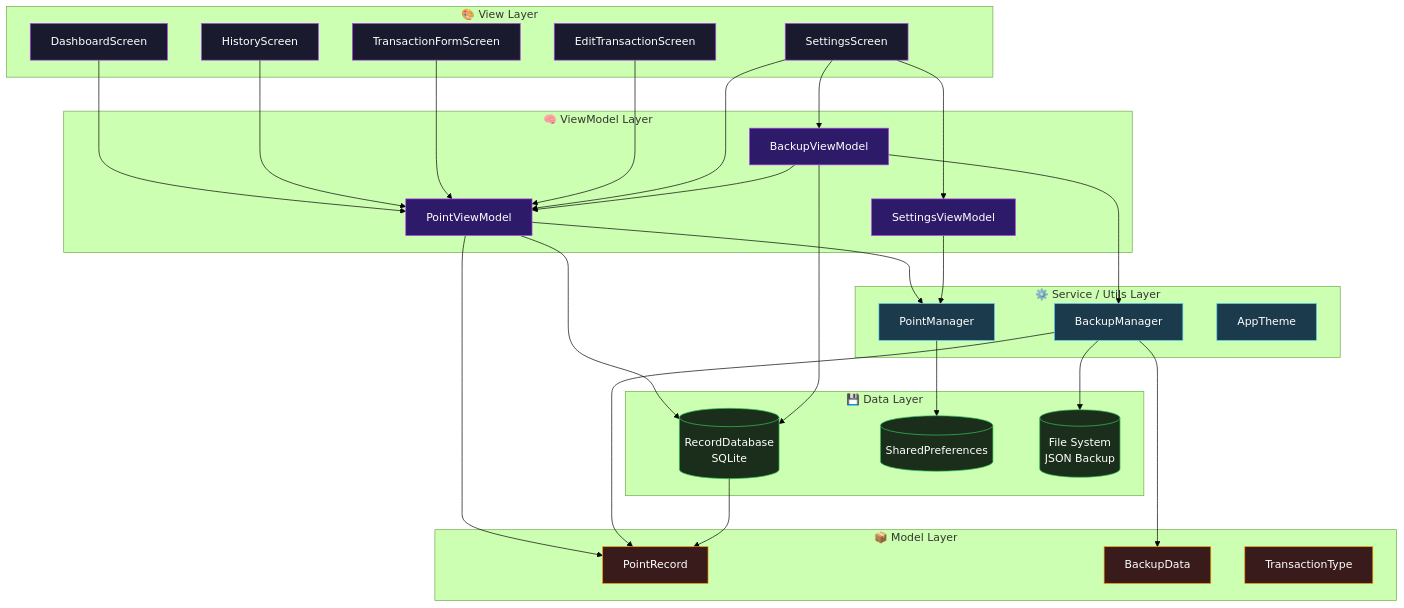
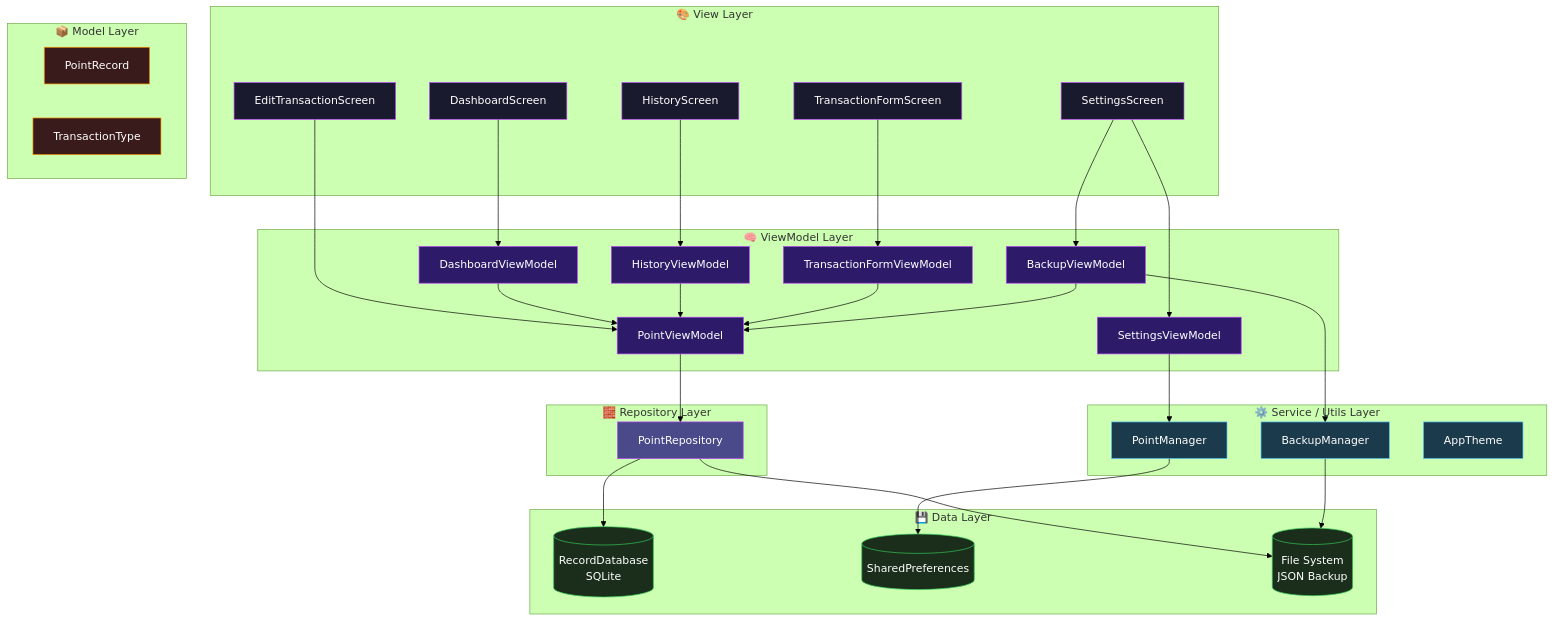
Before and after one commit to goodsw4all/wawapoint_flutter: the first of 18 diagrams in docs/ARCHITECTURE.md, drawn with Mermaid (forest theme). The commit also changed other lines of this file and 8 other files, not shown here.

Commit message:
feat: Introduce dedicated view models and a point repository to enhance application architecture and state management.

````diff
--- a/docs/ARCHITECTURE.md
+++ b/docs/ARCHITECTURE.md
@@ -58,8 +58,15 @@
 
     subgraph "🧠 ViewModel Layer"
         PVM[PointViewModel]
+        DVM[DashboardViewModel]
+        HVM[HistoryViewModel]
+        TFVM[TransactionFormViewModel]
         BVM[BackupViewModel]
         SVM[SettingsViewModel]
+    end
+
+    subgraph "🧱 Repository Layer"
+        PRR[PointRepository]
     end
 
     subgraph "⚙️ Service / Utils Layer"
@@ -76,34 +83,30 @@
 
     subgraph "📦 Model Layer"
         PR[PointRecord]
-        BD[BackupData]
         TT[TransactionType]
     end
 
-    DS --> PVM
-    HS --> PVM
-    TFS --> PVM
+    DS --> DVM
+    HS --> HVM
+    TFS --> TFVM
     ETS --> PVM
-    SS --> PVM
     SS --> BVM
     SS --> SVM
 
-    PVM --> PM
-    PVM --> RDB
-    PVM --> PR
+    DVM --> PVM
+    HVM --> PVM
+    TFVM --> PVM
+    BVM --> PVM
 
-    BVM --> PVM
-    BVM --> BM
-    BVM --> RDB
+    PVM --> PRR
+    PRR --> RDB
+    PRR --> FS
 
     SVM --> PM
-
     PM --> SP
+    
+    BVM --> BM
     BM --> FS
-    BM --> PR
-    BM --> BD
-
-    RDB --> PR
 
     style DS fill:#1a1a2e,stroke:#BB44FF,color:#fff
     style HS fill:#1a1a2e,stroke:#BB44FF,color:#fff
@@ -111,8 +114,12 @@
     style TFS fill:#1a1a2e,stroke:#BB44FF,color:#fff
     style ETS fill:#1a1a2e,stroke:#BB44FF,color:#fff
     style PVM fill:#2d1b69,stroke:#BB44FF,color:#fff
+    style DVM fill:#2d1b69,stroke:#BB44FF,color:#fff
+    style HVM fill:#2d1b69,stroke:#BB44FF,color:#fff
+    style TFVM fill:#2d1b69,stroke:#BB44FF,color:#fff
     style BVM fill:#2d1b69,stroke:#BB44FF,color:#fff
     style SVM fill:#2d1b69,stroke:#BB44FF,color:#fff
+    style PRR fill:#4a4a8a,stroke:#BB44FF,color:#fff
     style PM fill:#1b3a4b,stroke:#5AC8FA,color:#fff
     style BM fill:#1b3a4b,stroke:#5AC8FA,color:#fff
     style AT fill:#1b3a4b,stroke:#5AC8FA,color:#fff
@@ -120,6 +127,5 @@
     style SP fill:#1b2e1b,stroke:#34C759,color:#fff
     style FS fill:#1b2e1b,stroke:#34C759,color:#fff
     style PR fill:#3a1b1b,stroke:#FF9500,color:#fff
-    style BD fill:#3a1b1b,stroke:#FF9500,color:#fff
     style TT fill:#3a1b1b,stroke:#FF9500,color:#fff
 ```
````
